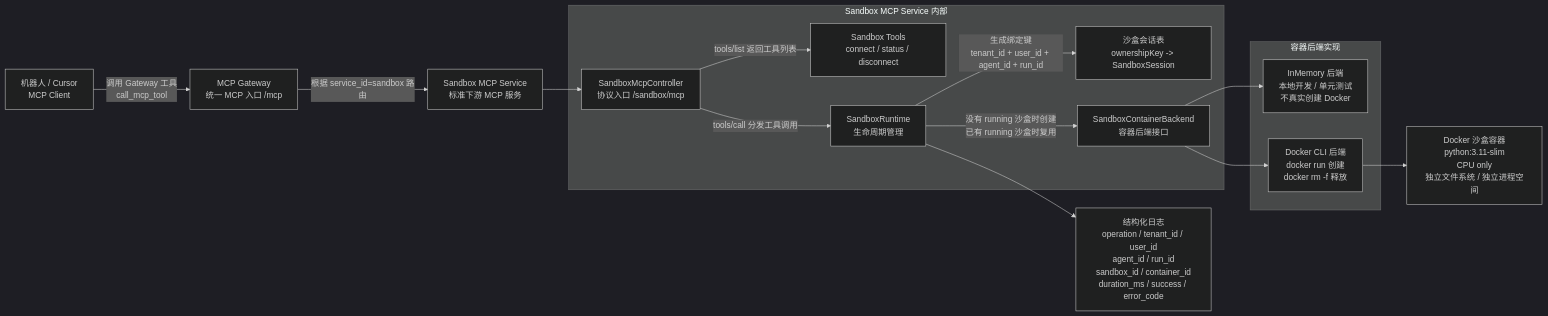
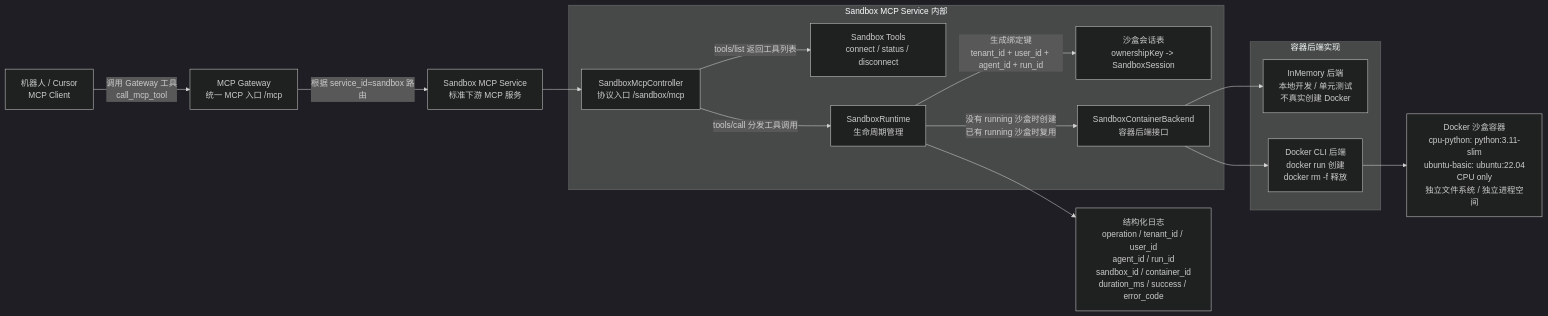
The third of 5 diagrams in MCP_GATEWAY_ARCHITECTURE_AND_SANDBOX.zh-CN.md (nikonzhangxjtu-wq/MCP-Gateway), drawn with Mermaid (dark theme) before and after one commit. The commit also changed other lines of this file and 11 other files, not shown here.

````diff
--- a/MCP_GATEWAY_ARCHITECTURE_AND_SANDBOX.zh-CN.md
+++ b/MCP_GATEWAY_ARCHITECTURE_AND_SANDBOX.zh-CN.md
@@ -164,33 +164,33 @@
 ```mermaid
 flowchart LR
     Agent["机器人 / Cursor<br/>MCP Client"] -->|"调用 Gateway 工具<br/>call_mcp_tool"| Gateway["MCP Gateway<br/>统一 MCP 入口 /mcp"]
 
     Gateway -->|"根据 service_id=sandbox 路由"| SandboxMcp["Sandbox MCP Service<br/>标准下游 MCP 服务"]
 
     subgraph SandboxService["Sandbox MCP Service 内部"]
         SandboxController["SandboxMcpController<br/>协议入口 /sandbox/mcp"]
         Tools["Sandbox Tools<br/>connect / status / disconnect"]
         Runtime["SandboxRuntime<br/>生命周期管理"]
         SessionMap["沙盒会话表<br/>ownershipKey -> SandboxSession"]
         BackendInterface["SandboxContainerBackend<br/>容器后端接口"]
     end
 
     SandboxMcp --> SandboxController
     SandboxController -->|"tools/list 返回工具列表"| Tools
     SandboxController -->|"tools/call 分发工具调用"| Runtime
 
     Runtime -->|"生成绑定键<br/>tenant_id + user_id + agent_id + run_id"| SessionMap
     Runtime -->|"没有 running 沙盒时创建<br/>已有 running 沙盒时复用"| BackendInterface
 
     subgraph Backends["容器后端实现"]
         MemoryBackend["InMemory 后端<br/>本地开发 / 单元测试<br/>不真实创建 Docker"]
         DockerBackend["Docker CLI 后端<br/>docker run 创建<br/>docker rm -f 释放"]
     end
 
     BackendInterface --> MemoryBackend
     BackendInterface --> DockerBackend
 
-    DockerBackend --> DockerContainer["Docker 沙盒容器<br/>python:3.11-slim<br/>CPU only<br/>独立文件系统 / 独立进程空间"]
+    DockerBackend --> DockerContainer["Docker 沙盒容器<br/>cpu-python: python:3.11-slim<br/>ubuntu-basic: ubuntu:22.04<br/>CPU only<br/>独立文件系统 / 独立进程空间"]
 
     Runtime --> Logs["结构化日志<br/>operation / tenant_id / user_id<br/>agent_id / run_id<br/>sandbox_id / container_id<br/>duration_ms / success / error_code"]
 ```
````
